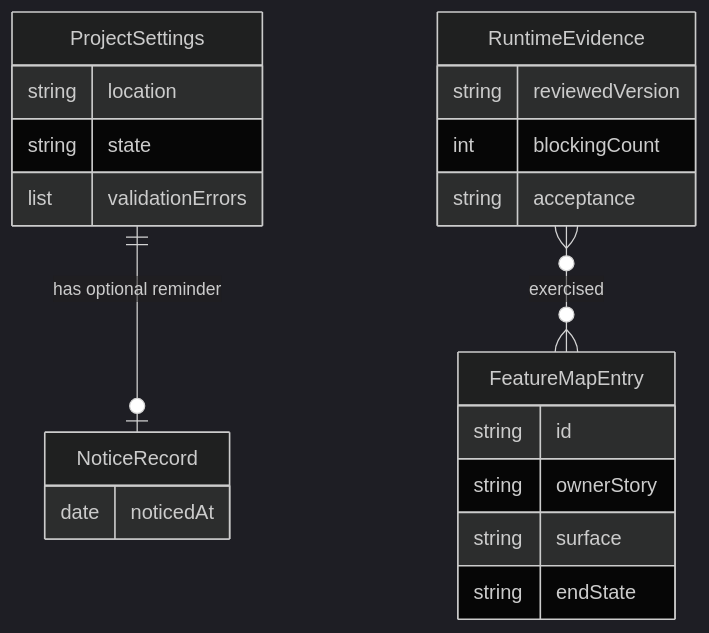
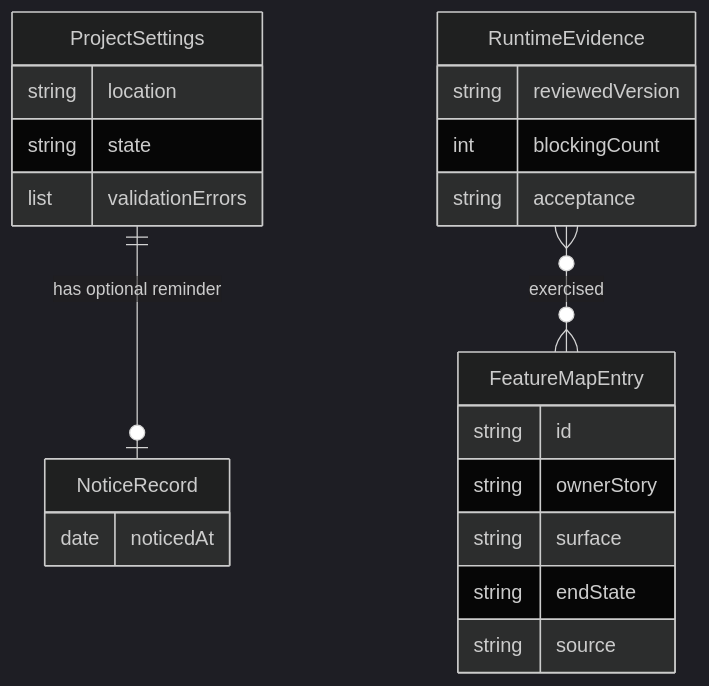
Before and after one commit to duc01226/easy-claude: the diagram in docs/specs/ContextDelivery/README.ProjectContextIntake.md, drawn with Mermaid (dark theme). The commit also changed other lines of this file and 40 other files, not shown here.

````diff
--- a/docs/specs/ContextDelivery/README.ProjectContextIntake.md
+++ b/docs/specs/ContextDelivery/README.ProjectContextIntake.md
@@ -173,24 +198,25 @@
 ```mermaid
 erDiagram
     ProjectSettings {
         string location
         string state
         list validationErrors
     }
     NoticeRecord {
         date noticedAt
     }
     ProjectSettings ||--o| NoticeRecord : "has optional reminder"
     FeatureMapEntry {
         string id
         string ownerStory
         string surface
         string endState
+        string source
     }
     RuntimeEvidence {
         string reviewedVersion
         int blockingCount
         string acceptance
     }
     RuntimeEvidence }o--o{ FeatureMapEntry : "exercised"
 ```
````
